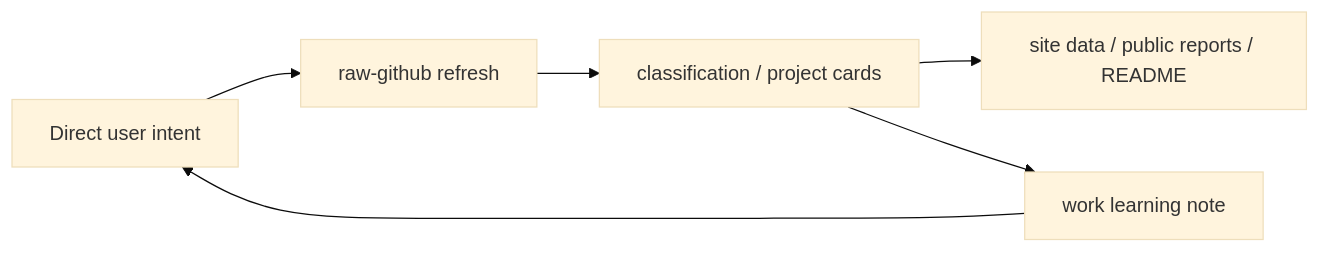
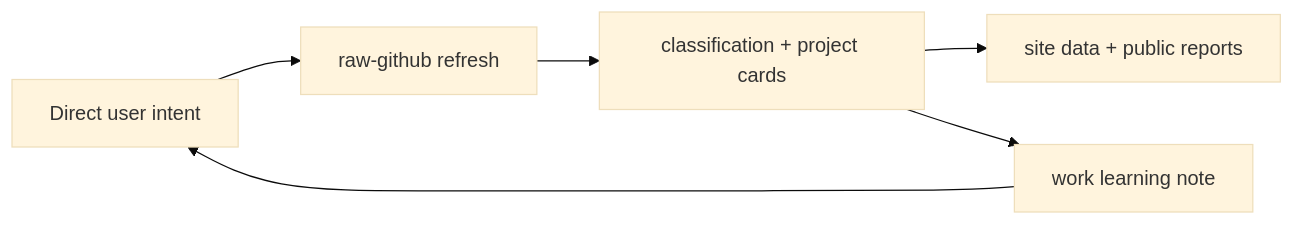
One commit to Shiyao-Huang/awesome-agent-evolution changed the diagram in .mermaid/current/graph.mmd. Above: the diagram before and after it, drawn with Mermaid (base theme). The commit also changed 30 other files, not shown here.

```diff
--- a/.mermaid/current/graph.mmd
+++ b/.mermaid/current/graph.mmd
@@ -1,6 +1,6 @@
 flowchart LR
   INTENT["Direct user intent"] --> RAW["raw-github refresh"]
-  RAW --> PROC["classification / project cards"]
-  PROC --> SITE["site data / public reports / README"]
+  RAW --> PROC["classification + project cards"]
+  PROC --> SITE["site data + public reports"]
   PROC --> NOTE["work learning note"]
   NOTE --> INTENT
```
